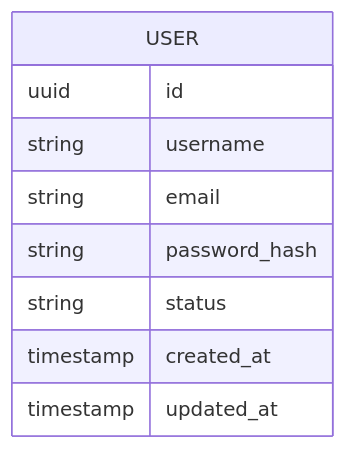
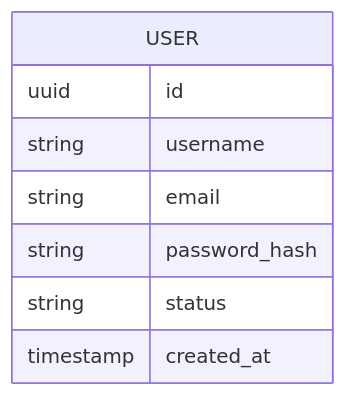
The fifth of 30 diagrams in docs/050_BaseDatos.md (chirijose79-ui/Chiri), drawn with Mermaid before and after one commit. The commit also changed other lines of this file, not shown here.

Commit message:
docs(database): complete migration and schema evolution rules

````diff
--- a/docs/050_BaseDatos.md
+++ b/docs/050_BaseDatos.md
@@ -959,13 +985,12 @@
 ```mermaid
 erDiagram
 
     USER {
         uuid id
         string username
         string email
         string password_hash
         string status
         timestamp created_at
-        timestamp updated_at
     }
 ```
````
